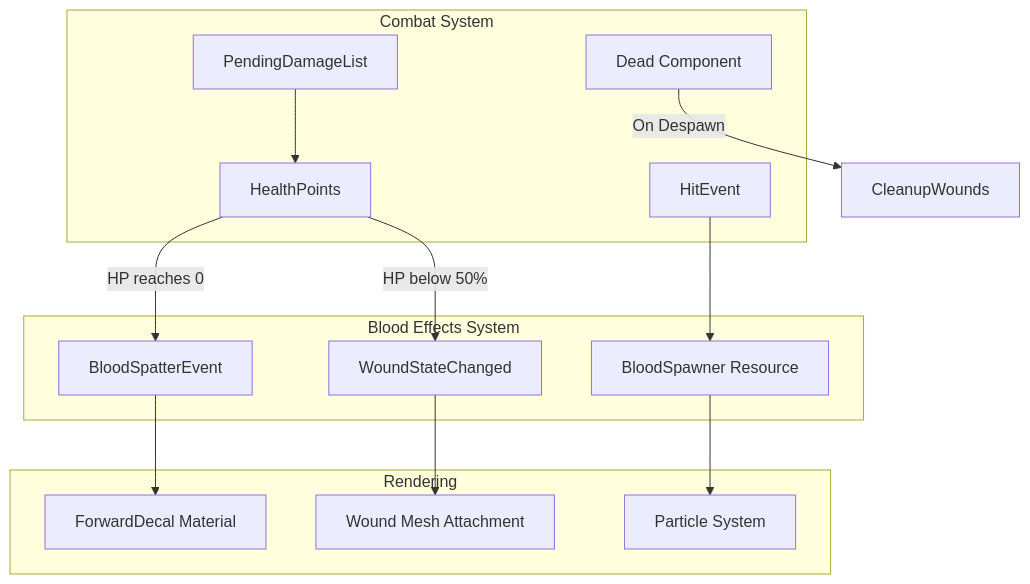
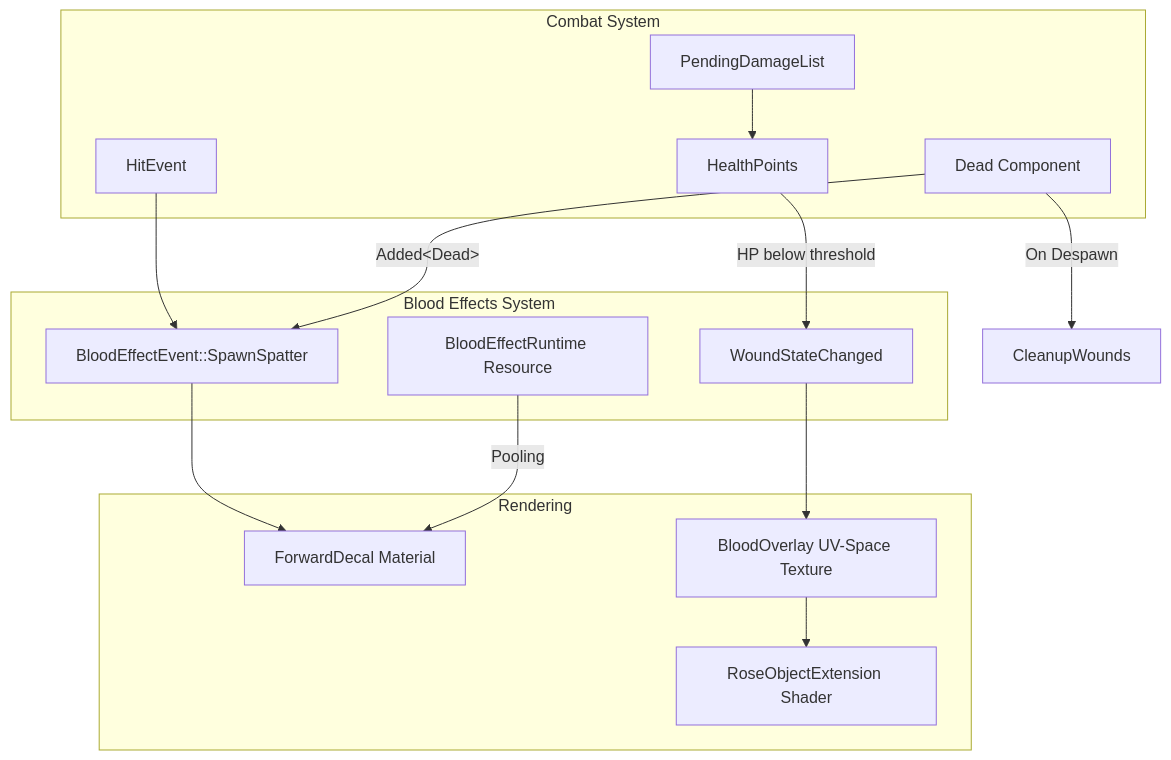
Before and after one commit to vektorprime/rose-offline-client: the diagram in system-architecture/blood-effect-system.md, drawn with Mermaid. The commit also changed other lines of this file and 546 other files, not shown here.

````diff
--- a/system-architecture/blood-effect-system.md
+++ b/system-architecture/blood-effect-system.md
@@ -14,31 +14,32 @@
 ```mermaid
 flowchart TB
     subgraph Combat System
         HitEvent[HitEvent]
         PendingDamage[PendingDamageList]
         HealthPoints[HealthPoints]
         Dead[Dead Component]
     end
 
     subgraph Blood Effects System
-        BloodSpatterEvent[BloodSpatterEvent]
+        BloodSpatterEvent[BloodEffectEvent::SpawnSpatter]
         WoundStateChanged[WoundStateChanged]
-        BloodSpawner[BloodSpawner Resource]
+        BloodEffectRuntime[BloodEffectRuntime Resource]
     end
 
     subgraph Rendering
         ForwardDecal[ForwardDecal Material]
-        WoundMesh[Wound Mesh Attachment]
-        ParticleSystem[Particle System]
+        BloodOverlay[BloodOverlay UV-Space Texture]
+        RoseObjectExtension[RoseObjectExtension Shader]
     end
 
-    HitEvent --> BloodSpawner
+    HitEvent --> BloodSpatterEvent
     PendingDamage --> HealthPoints
-    HealthPoints --> |HP below 50%| WoundStateChanged
-    HealthPoints --> |HP reaches 0| BloodSpatterEvent
+    HealthPoints --> |HP below threshold| WoundStateChanged
+    Dead --> |Added&lt;Dead&gt;| BloodSpatterEvent
     Dead --> |On Despawn| CleanupWounds
-    
+
     BloodSpatterEvent --> ForwardDecal
-    WoundStateChanged --> WoundMesh
-    BloodSpawner --> ParticleSystem
+    WoundStateChanged --> BloodOverlay
+    BloodOverlay --> RoseObjectExtension
+    BloodEffectRuntime --> |Pooling| ForwardDecal
 ```
````
